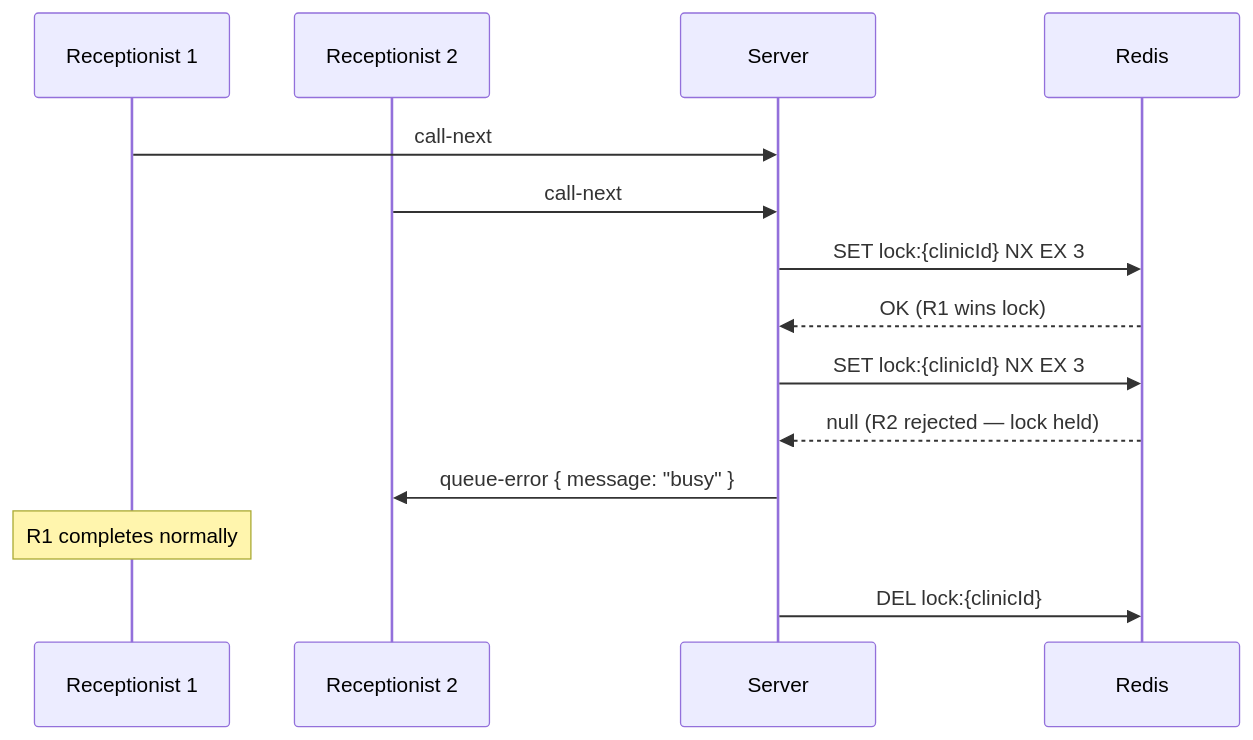
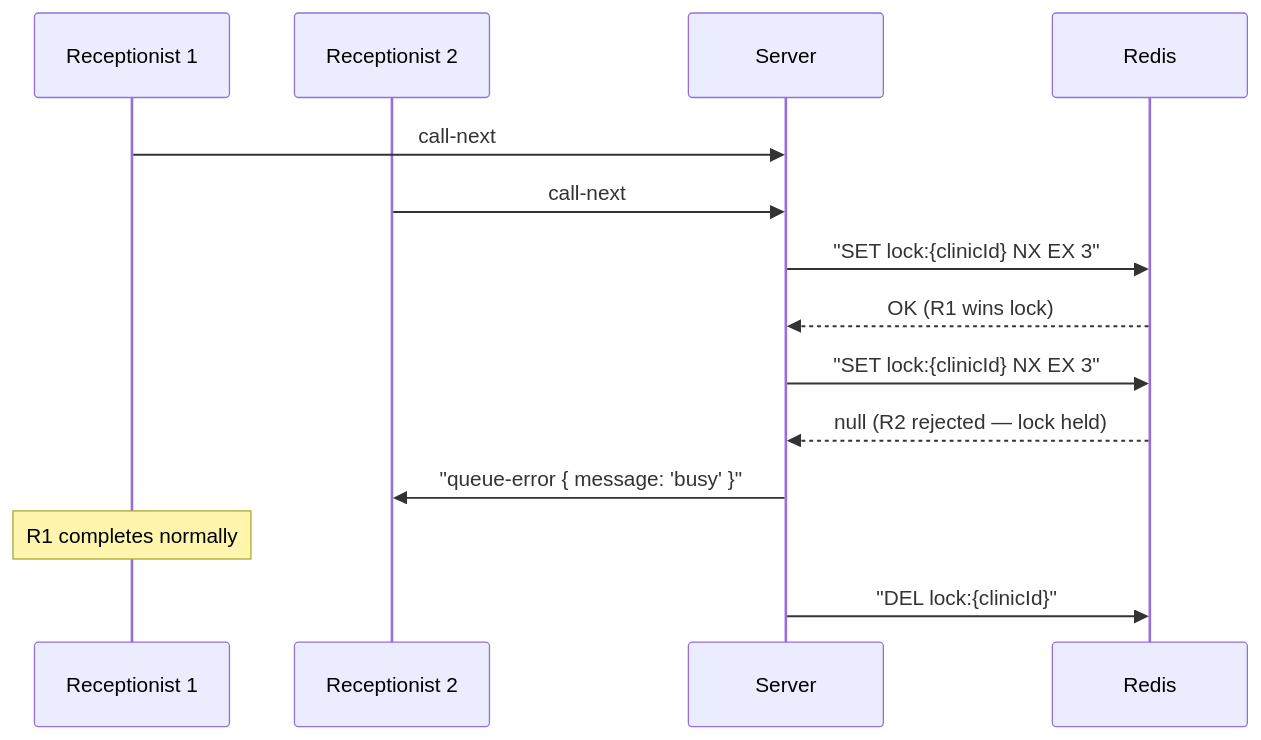
Before and after one commit to Zahid-Ham/Queue_Cure: the second of 4 diagrams in SOCKET_DIAGRAM.md, drawn with Mermaid. The commit also changed other lines of this file, not shown here.

Commit message:
Fix Mermaid syntax parse error in SOCKET_DIAGRAM.md by quoting message payloads and removing semicolons in notes

````diff
--- a/SOCKET_DIAGRAM.md
+++ b/SOCKET_DIAGRAM.md
@@ -88,17 +88,17 @@
 ```mermaid
 sequenceDiagram
     participant R1 as Receptionist 1
     participant R2 as Receptionist 2
     participant S as Server
     participant Redis
 
     R1->>S: call-next
     R2->>S: call-next
-    S->>Redis: SET lock:{clinicId} NX EX 3
+    S->>Redis: "SET lock:{clinicId} NX EX 3"
     Redis-->>S: OK (R1 wins lock)
-    S->>Redis: SET lock:{clinicId} NX EX 3
+    S->>Redis: "SET lock:{clinicId} NX EX 3"
     Redis-->>S: null (R2 rejected — lock held)
-    S->>R2: queue-error { message: "busy" }
+    S->>R2: "queue-error { message: 'busy' }"
     Note over R1: R1 completes normally
-    S->>Redis: DEL lock:{clinicId}
+    S->>Redis: "DEL lock:{clinicId}"
 ```
````
